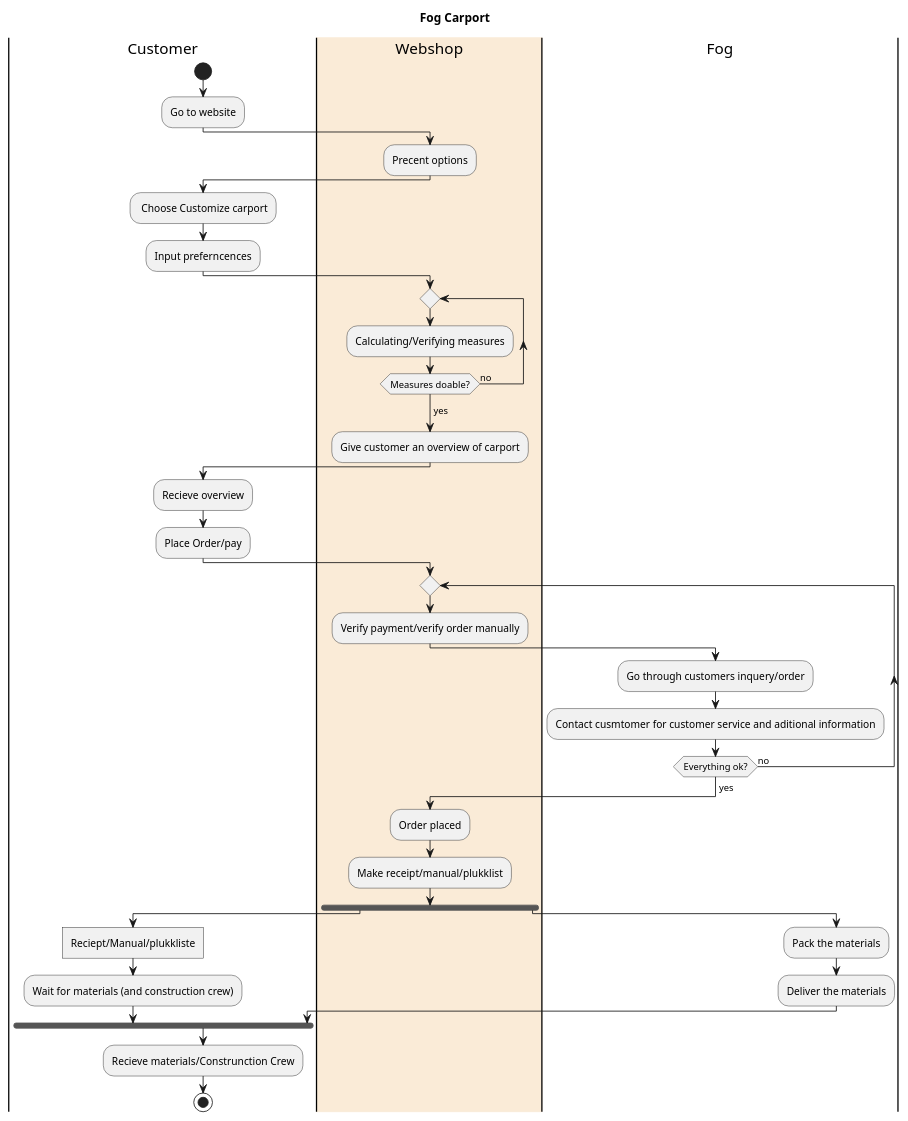
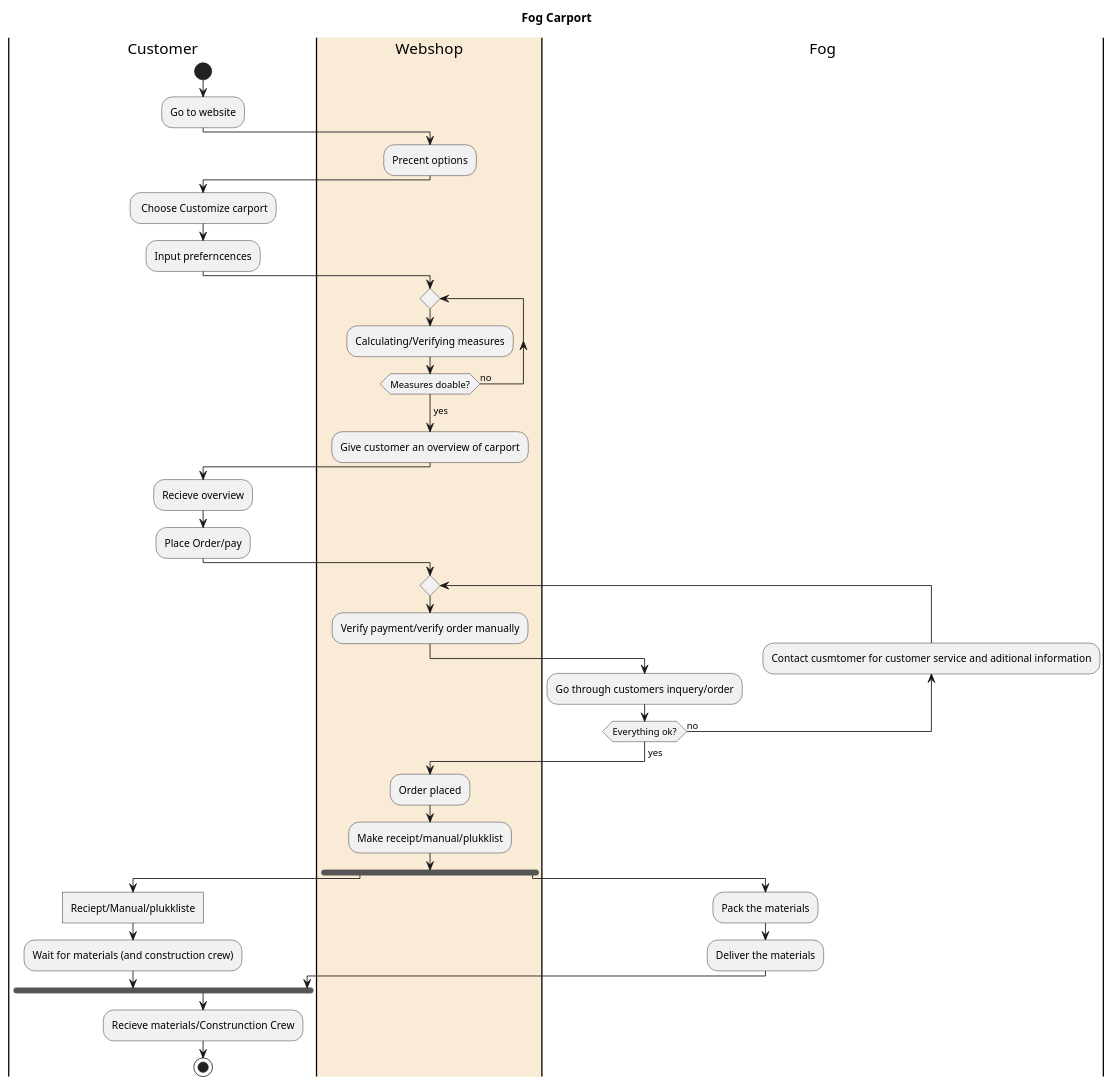
Before and after one commit to benskov95/Fog_Carport_Bornit: the diagram in src/main/Diagrams/Aktivitetsdiagram.puml, drawn with PlantUML. The commit also changed 4 other files, not shown here.

Commit message:
lagt til sekvensdiagrammer, og javadocs svg, og en merge

```diff
--- a/src/main/Diagrams/Aktivitetsdiagram.puml
+++ b/src/main/Diagrams/Aktivitetsdiagram.puml
@@ -1,43 +1,44 @@
 @startuml
 Title Fog Carport
 |Customer|
 start
 :Go to website;
 |#AntiqueWhite|Webshop|
 :Precent options;
 |Customer|
 : Choose Customize carport;
 :Input preferncences;
 |Webshop|
 repeat
 :Calculating/Verifying measures;
 repeat while (Measures doable?) is (no)
 ->yes;
 :Give customer an overview of carport;
 |Customer|
 :Recieve overview;
 :Place Order/pay;
 |Webshop|
 repeat
 :Verify payment/verify order manually;
 |Fog|
 :Go through customers inquery/order;
-:Contact cusmtomer for customer service and aditional information;
+backward:Contact cusmtomer for customer service and aditional information;
 repeat while (Everything ok?) is (no)
+
 ->yes;
 |Webshop|
 :Order placed;
 :Make receipt/manual/plukklist;
 fork
 |Customer|
 :Reciept/Manual/plukkliste]
 :Wait for materials (and construction crew);
 fork again
 |Fog|
 :Pack the materials;
 :Deliver the materials;
 |Customer|
 end fork
 :Recieve materials/Construnction Crew;
 stop
 @enduml
```
